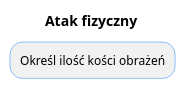
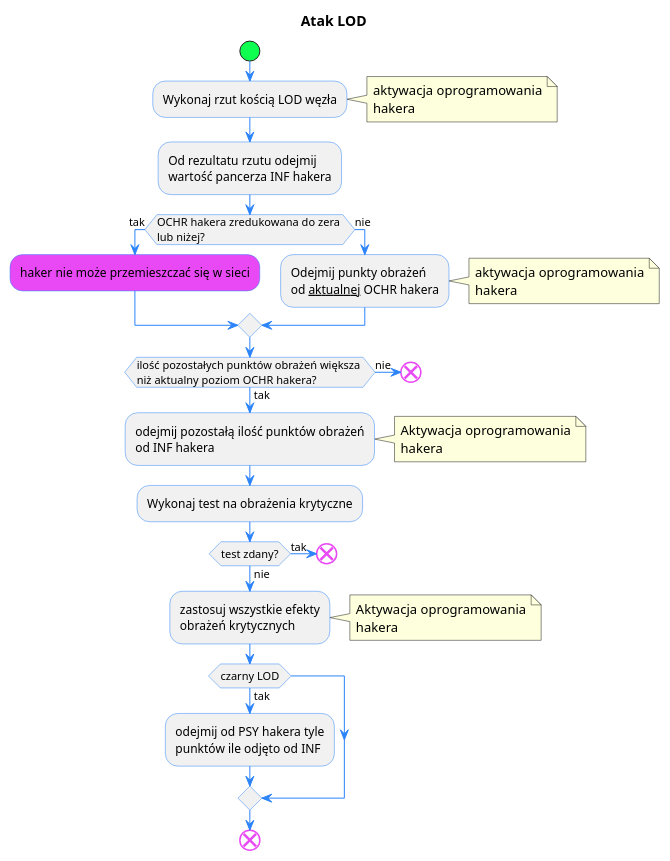
Before and after one commit to oswida/cyber: the fifth of 5 diagrams in docs/algorithms.plantuml, drawn with PlantUML. The commit also changed other lines of this file and 1 other file, not shown here.

```diff
--- a/docs/algorithms.plantuml
+++ b/docs/algorithms.plantuml
@@ -87,14 +266,59 @@
-@startuml "Atak fizyczny"
-title "Atak fizyczny"
+@startuml "Atak LOD"
+title "Atak LOD"
 skinparam defaultFontName Oxanium
 skinparam activity {
   StartColor #0fff50
   BarColor #2c84fa
   EndColor #e949f5
   BorderColor #2c84fa
   ArrowColor #2c84fa
   FontName Oxanium
 }
-:Określ ilość kości obrażeń;
+start
+:Wykonaj rzut kością LOD węzła;
+note right
+aktywacja oprogramowania
+hakera
+endnote 
+:Od rezultatu rzutu odejmij 
+wartość pancerza INF hakera;
 
+if (OCHR hakera zredukowana do zera 
+lub niżej?) then (tak)
+#e949f5 :haker nie może przemieszczać się w sieci;
+else (nie)
+ :Odejmij punkty obrażeń 
+ od __aktualnej__ OCHR hakera;
+ note right
+ aktywacja oprogramowania
+ hakera
+ endnote
+endif
+if (ilość pozostałych punktów obrażeń większa 
+niż aktualny poziom OCHR hakera?) then (tak)
+:odejmij pozostałą ilość punktów obrażeń 
+od INF hakera;
+note right
+Aktywacja oprogramowania
+hakera
+endnote
+:Wykonaj test na obrażenia krytyczne;
+if (test zdany?) then (tak)
+  end
+else (nie)
+  :zastosuj wszystkie efekty 
+  obrażeń krytycznych;
+  note right
+  Aktywacja oprogramowania
+  hakera
+  endnote
+  if (czarny LOD) then (tak)
+  :odejmij od PSY hakera tyle 
+  punktów ile odjęto od INF;
+  endif
+endif
+else (nie)
+ end
+endif
+end
 @enduml
```
